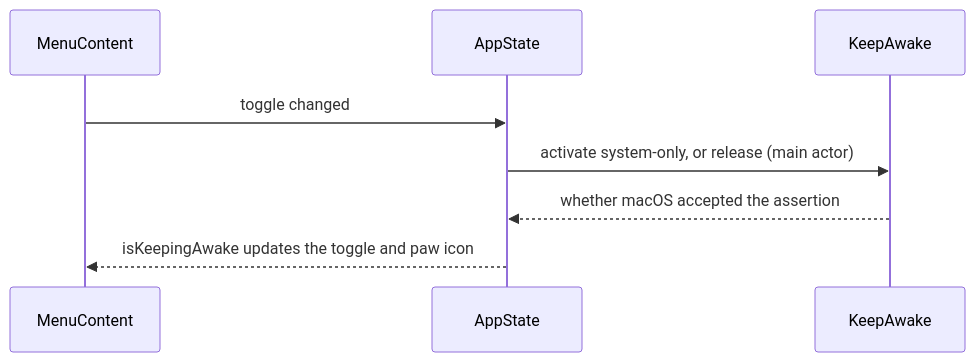
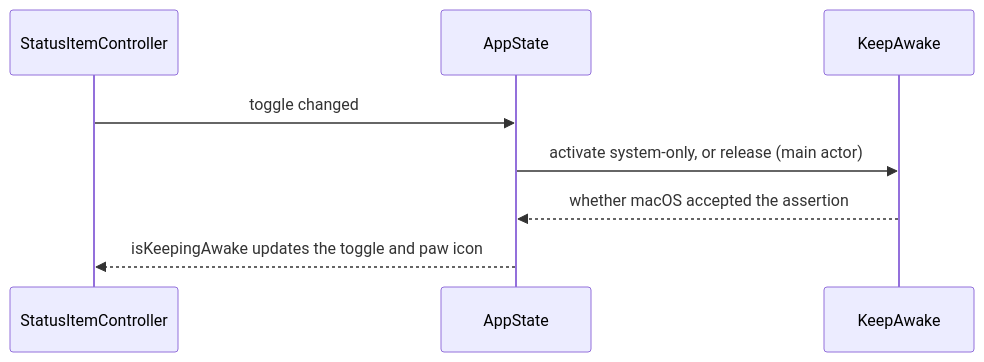
Before and after one commit to dhaataalimited-hub/brbuddy: the diagram in docs/architecture/flows/keep-awake.md, drawn with Mermaid. The commit also changed other lines of this file and 20 other files, not shown here.

First line of the commit message:
Own the menu bar item in AppKit; make Try BRB the tour's last step

````diff
--- a/docs/architecture/flows/keep-awake.md
+++ b/docs/architecture/flows/keep-awake.md
@@ -12,10 +12,10 @@
 ```mermaid
 sequenceDiagram
-  participant V as MenuContent
+  participant V as StatusItemController
   participant M as AppState
   participant S as KeepAwake
   V->>M: toggle changed
   M->>S: activate system-only, or release (main actor)
   S-->>M: whether macOS accepted the assertion
   M-->>V: isKeepingAwake updates the toggle and paw icon
 ```
````
